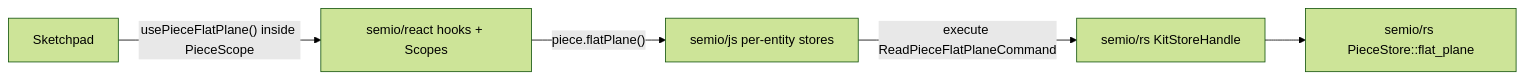
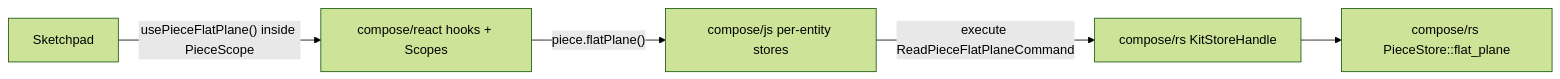
The diagram in .repo/🎫/26/04/25/KIT-DATA-SSOT-HOOK-READ/kit_data_single-source-of-truth_refactor_392d08c9.plan.md (usalu/semio), drawn with Mermaid (forest theme) before and after one commit. The commit also changed other lines of this file and 7735 other files, not shown here.

````diff
--- a/.repo/🎫/26/04/25/KIT-DATA-SSOT-HOOK-READ/kit_data_single-source-of-truth_refactor_392d08c9.plan.md
+++ b/.repo/🎫/26/04/25/KIT-DATA-SSOT-HOOK-READ/kit_data_single-source-of-truth_refactor_392d08c9.plan.md
@@ -65,7 +65,7 @@
 ```mermaid
 graph LR
-  Sketchpad -->|"usePieceFlatPlane() inside PieceScope"| ReactPkg[semio/react hooks + Scopes]
-  ReactPkg -->|"piece.flatPlane()"| JsPkg[semio/js per-entity stores]
-  JsPkg -->|"execute ReadPieceFlatPlaneCommand"| RsHandle[semio/rs KitStoreHandle]
-  RsHandle --> RsStore[semio/rs PieceStore::flat_plane]
+  Sketchpad -->|"usePieceFlatPlane() inside PieceScope"| ReactPkg[compose/react hooks + Scopes]
+  ReactPkg -->|"piece.flatPlane()"| JsPkg[compose/js per-entity stores]
+  JsPkg -->|"execute ReadPieceFlatPlaneCommand"| RsHandle[compose/rs KitStoreHandle]
+  RsHandle --> RsStore[compose/rs PieceStore::flat_plane]
 ```
````
